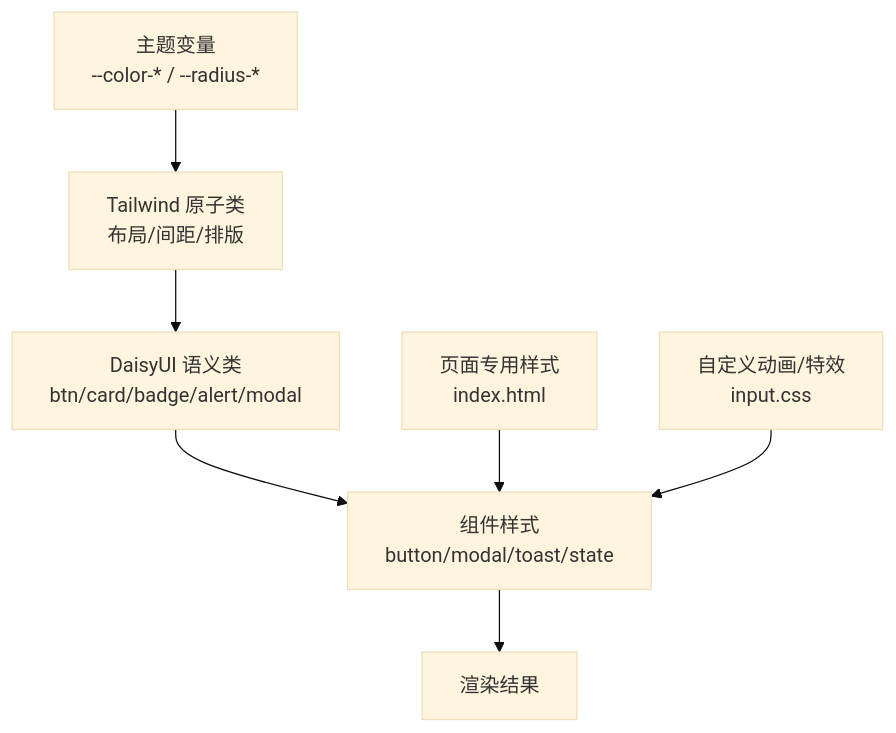
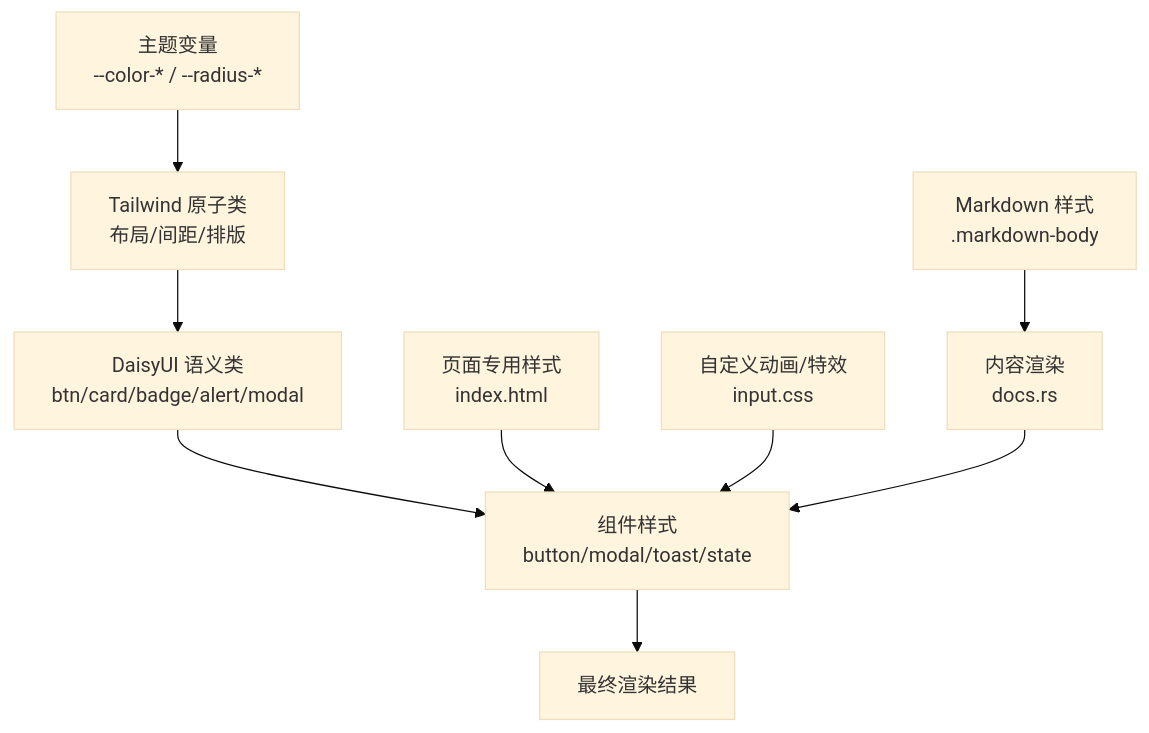
The second of 3 diagrams in .qoder/repowiki/zh/content/前端应用/UI 样式与主题.md (runningcoders/ai_orz), drawn with Mermaid (base theme) before and after one commit. The commit also changed other lines of this file and 338 other files, not shown here.

````diff
--- a/.qoder/repowiki/zh/content/前端应用/UI 样式与主题.md
+++ b/.qoder/repowiki/zh/content/前端应用/UI 样式与主题.md
@@ -85,9 +101,11 @@
 ```mermaid
 flowchart TD
 T["主题变量<br/>--color-* / --radius-*"] --> U["Tailwind 原子类<br/>布局/间距/排版"]
 U --> V["DaisyUI 语义类<br/>btn/card/badge/alert/modal"]
 V --> W["组件样式<br/>button/modal/toast/state"]
 X["页面专用样式<br/>index.html"] --> W
 Y["自定义动画/特效<br/>input.css"] --> W
-W --> Z["渲染结果"]
+Z["Markdown 样式<br/>.markdown-body"] --> C["内容渲染<br/>docs.rs"]
+C --> W
+W --> A["最终渲染结果"]
 ```
````
